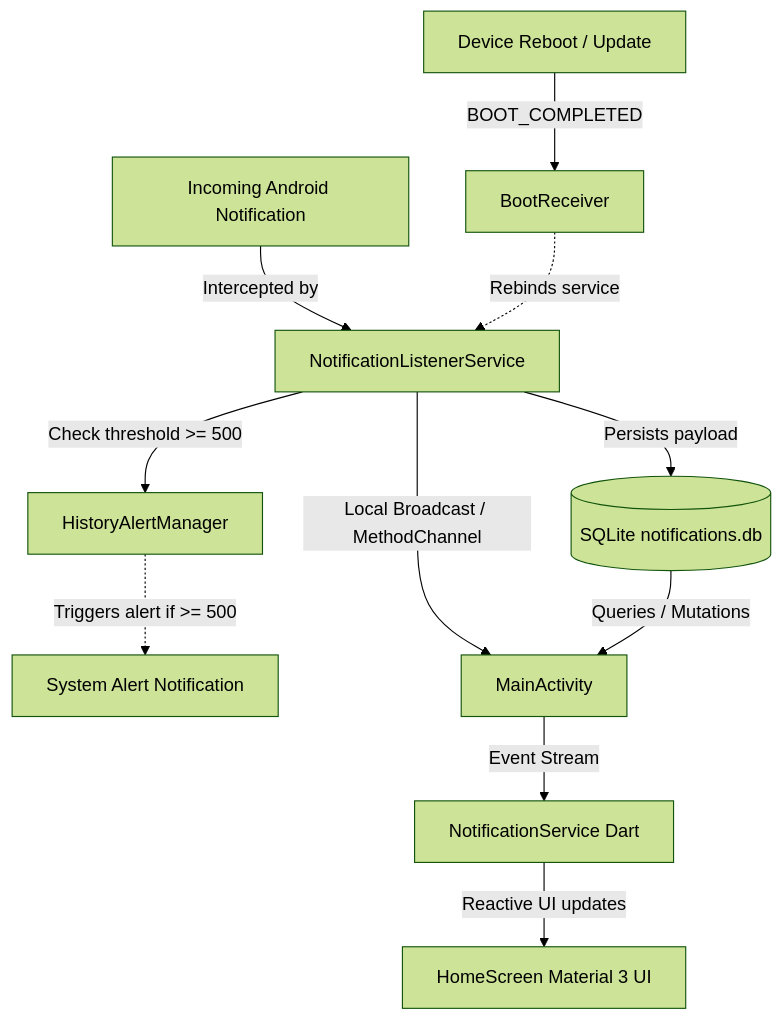
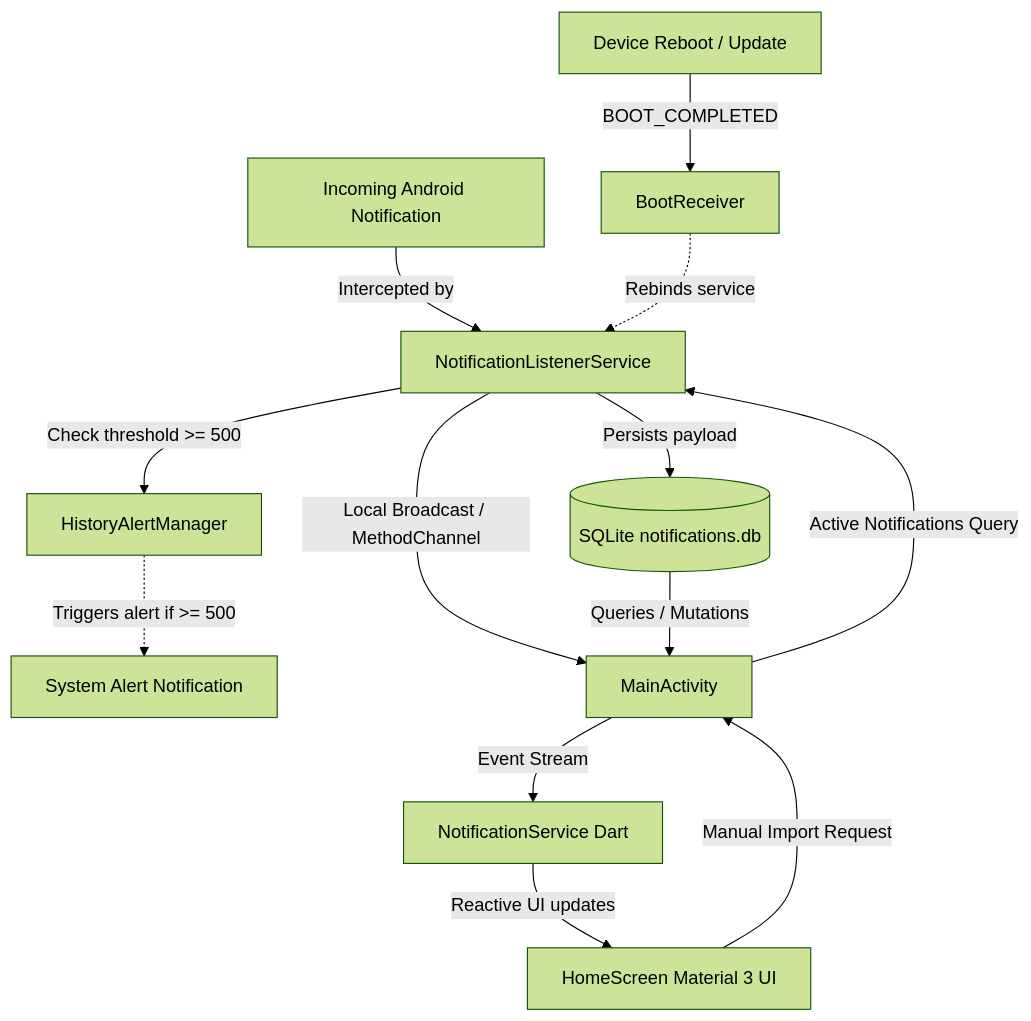
The diagram in README.md (tkassila/fsavenotifications), drawn with Mermaid (forest theme) before and after one commit. The commit also changed other lines of this file and 6 other files, not shown here.

````diff
--- a/README.md
+++ b/README.md
@@ -78,13 +86,15 @@
 ```mermaid
 graph TD
     A[Incoming Android Notification] -->|Intercepted by| B[NotificationListenerService]
     B -->|Persists payload| C[(SQLite notifications.db)]
     B -->|Check threshold >= 500| D[HistoryAlertManager]
     D -.->|Triggers alert if >= 500| E[System Alert Notification]
     B -->|Local Broadcast / MethodChannel| F[MainActivity]
     F -->|Event Stream| G[NotificationService Dart]
     G -->|Reactive UI updates| H[HomeScreen Material 3 UI]
     C -->|Queries / Mutations| F
     I[Device Reboot / Update] -->|BOOT_COMPLETED| J[BootReceiver]
     J -.->|Rebinds service| B
+    H -->|Manual Import Request| F
+    F -->|Active Notifications Query| B
 ```
````
